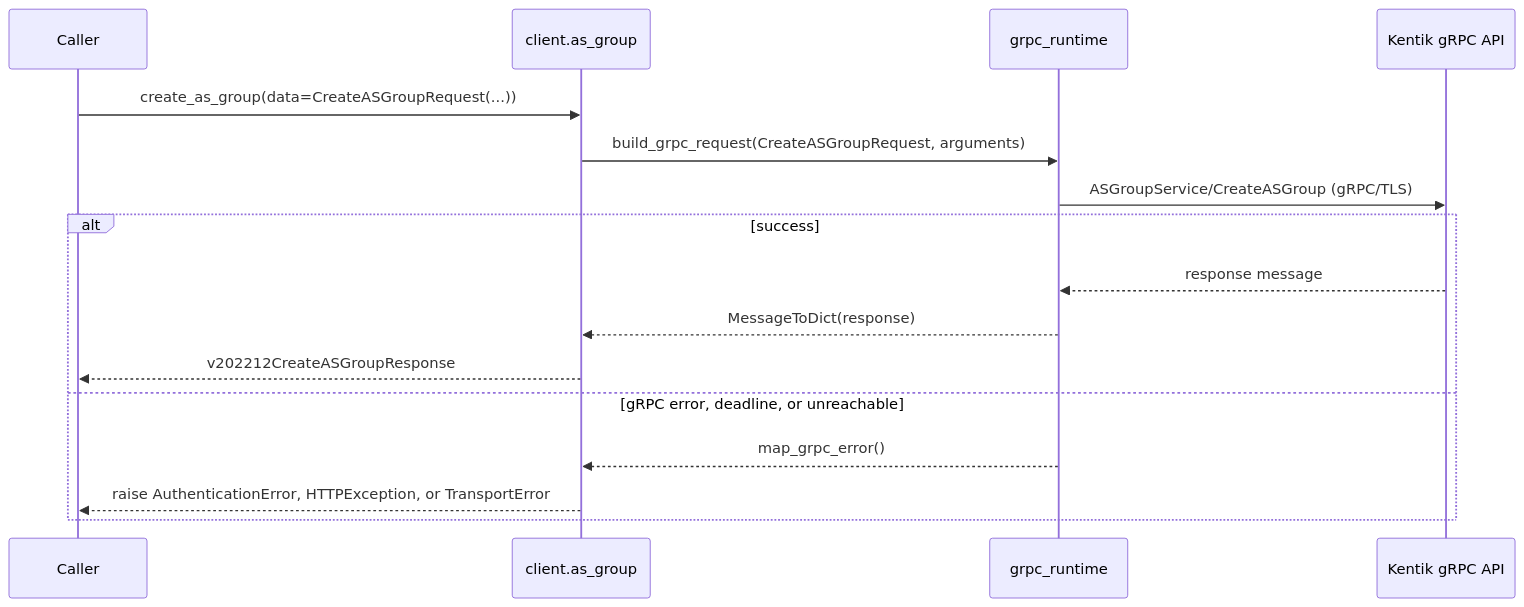
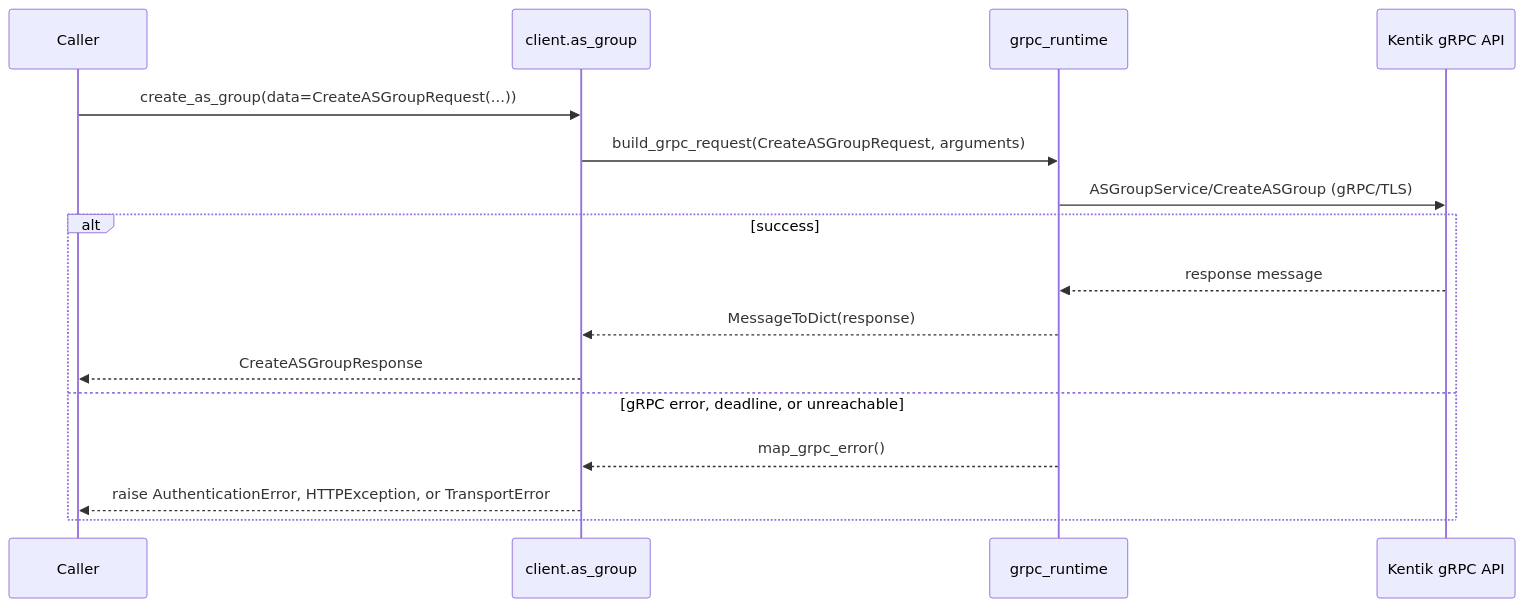
Before and after one commit to alexdearaujo/community_sdk_python: the fifth of 12 diagrams in docs/sphinx/services/as_group.md, drawn with Mermaid. The commit also changed other lines of this file and 38 other files, not shown here.

````diff
--- a/docs/sphinx/services/as_group.md
+++ b/docs/sphinx/services/as_group.md
@@ -127,19 +127,19 @@
 ```mermaid
 sequenceDiagram
     participant C as Caller
     participant W as client.as_group
     participant R as grpc_runtime
     participant API as Kentik gRPC API
 
     C->>W: create_as_group(data=CreateASGroupRequest(...))
     W->>R: build_grpc_request(CreateASGroupRequest, arguments)
     R->>API: ASGroupService/CreateASGroup (gRPC/TLS)
     alt success
         API-->>R: response message
         R-->>W: MessageToDict(response)
-        W-->>C: v202212CreateASGroupResponse
+        W-->>C: CreateASGroupResponse
     else gRPC error, deadline, or unreachable
         R-->>W: map_grpc_error()
         W-->>C: raise AuthenticationError, HTTPException, or TransportError
     end
 ```
````
